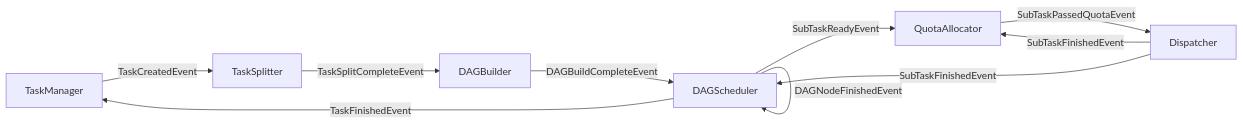
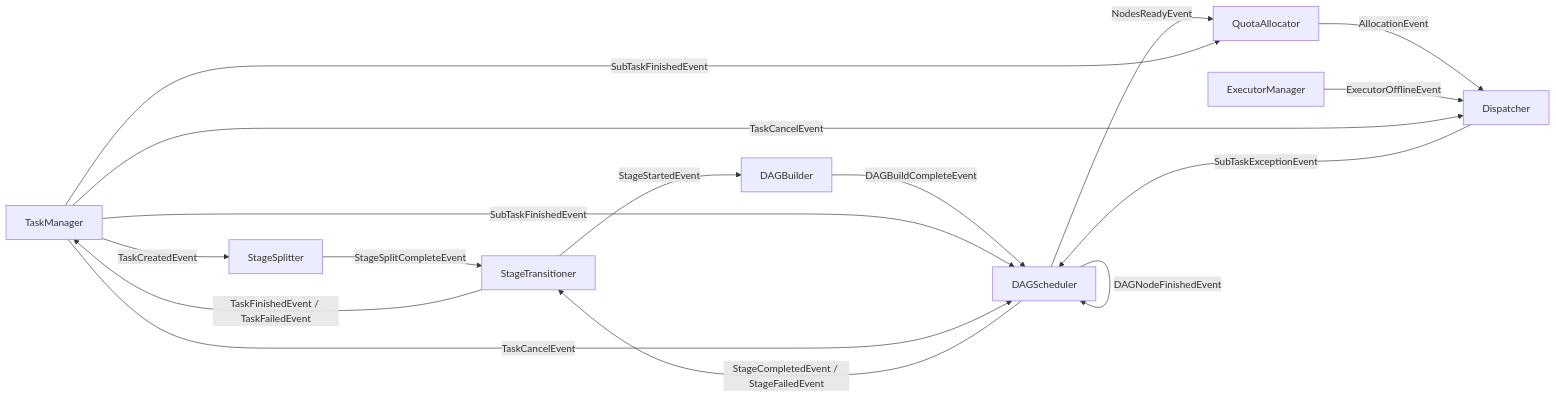
One commit to njuxumq/agent-eval-server changed the first of 2 diagrams in docs/designs/details/scheduler/事件总线设计.md. Above: the diagram before and after it, drawn with Mermaid. The commit also changed other lines of this file and 13 other files, not shown here.

````diff
--- a/docs/designs/details/scheduler/事件总线设计.md
+++ b/docs/designs/details/scheduler/事件总线设计.md
@@ -195,12 +247,18 @@
 ```mermaid
 flowchart LR
-    TM[TaskManager] -->|"TaskCreatedEvent"| TS[TaskSplitter]
-    TS -->|"TaskSplitCompleteEvent"| DB[DAGBuilder]
+    TM[TaskManager] -->|"TaskCreatedEvent"| SS[StageSplitter]
+    SS -->|"StageSplitCompleteEvent"| ST[StageTransitioner]
+    ST -->|"StageStartedEvent"| DB[DAGBuilder]
     DB -->|"DAGBuildCompleteEvent"| DS[DAGScheduler]
-    DS -->|"SubTaskReadyEvent"| QA[QuotaAllocator]
-    QA -->|"SubTaskPassedQuotaEvent"| DP[Dispatcher]
-    DP -->|"SubTaskFinishedEvent"| QA
-    DP -->|"SubTaskFinishedEvent"| DS
+    DS -->|"NodesReadyEvent"| QA[QuotaAllocator]
+    QA -->|"AllocationEvent"| DP[Dispatcher]
+    TM -->|"SubTaskFinishedEvent"| QA
+    TM -->|"SubTaskFinishedEvent"| DS
+    EM[ExecutorManager] -->|"ExecutorOfflineEvent"| DP
+    DP -->|"SubTaskExceptionEvent"| DS
     DS -->|"DAGNodeFinishedEvent"| DS
-    DS -->|"TaskFinishedEvent"| TM
+    DS -->|"StageCompletedEvent / StageFailedEvent"| ST
+    ST -->|"TaskFinishedEvent / TaskFailedEvent"| TM
+    TM -->|"TaskCancelEvent"| DS
+    TM -->|"TaskCancelEvent"| DP
 ```
````
